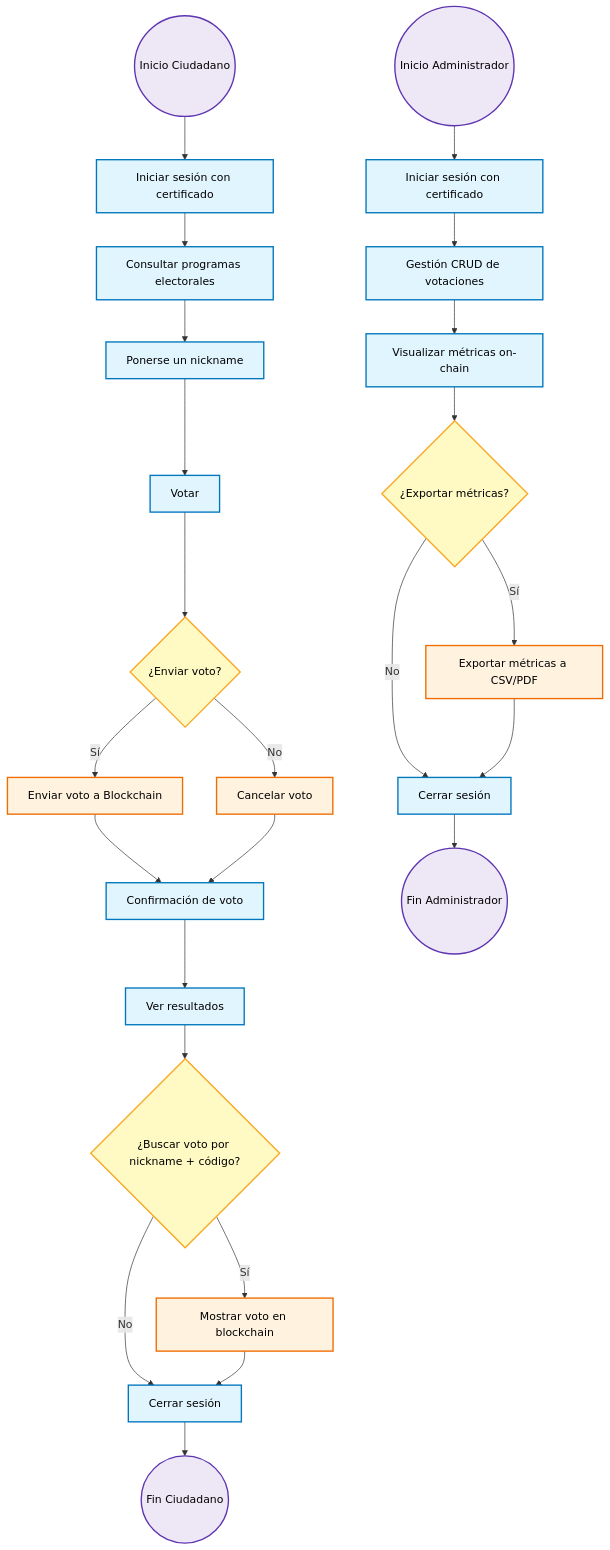
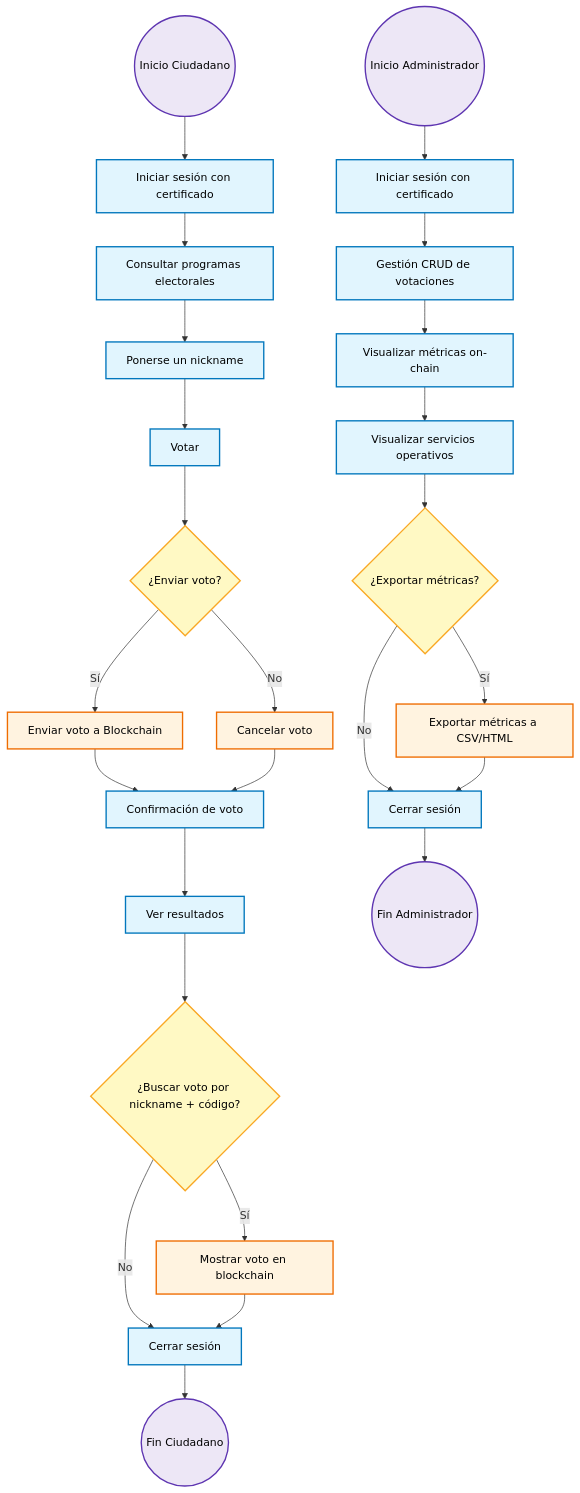
Before and after one commit to OnyxVariables/AGORA: the first of 3 diagrams in docs/Diagrama_Flujo.md, drawn with Mermaid. The commit also changed other lines of this file and 5 other files, not shown here.

````diff
--- a/docs/Diagrama_Flujo.md
+++ b/docs/Diagrama_Flujo.md
@@ -29,43 +29,44 @@
 ```mermaid
 flowchart TB
     %% Estilos
     classDef inicioFin fill:#ede7f6,stroke:#5e35b1,stroke-width:2px,color:#000
     classDef proceso fill:#e1f5fe,stroke:#0277bd,stroke-width:2px,color:#000
     classDef decision fill:#fff9c4,stroke:#f9a825,stroke-width:2px,color:#000
     classDef extendido fill:#fff3e0,stroke:#ef6c00,stroke-width:2px,color:#000
 
     %% Flujo Ciudadano
     InicioC((Inicio Ciudadano)):::inicioFin
 
     InicioC --> LoginC[Iniciar sesión con certificado]:::proceso
     LoginC --> ProgramasC[Consultar programas electorales]:::proceso
     ProgramasC --> NicknameC[Ponerse un nickname]:::proceso
     NicknameC --> VotarC[Votar]:::proceso
 
     VotarC --> DecisionV{¿Enviar voto?}:::decision
     DecisionV -->|Sí| EnviarC[Enviar voto a Blockchain]:::extendido
     DecisionV -->|No| CancelarC[Cancelar voto]:::extendido
 
     EnviarC --> FinVotoC[Confirmación de voto]:::proceso
     CancelarC --> FinVotoC
     FinVotoC --> ResultadosC[Ver resultados]:::proceso
 
     ResultadosC --> BuscarC{¿Buscar voto por nickname + código?}:::decision
     BuscarC -->|Sí| BuscarV[Mostrar voto en blockchain]:::extendido
     BuscarC -->|No| SalirC[Cerrar sesión]:::proceso
     BuscarV --> SalirC
     SalirC --> FinC((Fin Ciudadano)):::inicioFin
 
     %% Flujo Administrador
     InicioA((Inicio Administrador)):::inicioFin
 
     InicioA --> LoginA[Iniciar sesión con certificado]:::proceso
     LoginA --> CRUDA[Gestión CRUD de votaciones]:::proceso
     CRUDA --> MetricA[Visualizar métricas on-chain]:::proceso
+    MetricA --> MonitorA[Visualizar servicios operativos]:::proceso
 
-    MetricA --> DecisionExp{¿Exportar métricas?}:::decision
-    DecisionExp -->|Sí| ExportA[Exportar métricas a CSV/PDF]:::extendido
+    MonitorA --> DecisionExp{¿Exportar métricas?}:::decision
+    DecisionExp -->|Sí| ExportA[Exportar métricas a CSV/HTML]:::extendido
     DecisionExp -->|No| SalirA[Cerrar sesión]:::proceso
     ExportA --> SalirA
     SalirA --> FinA((Fin Administrador)):::inicioFin
 ```
````
